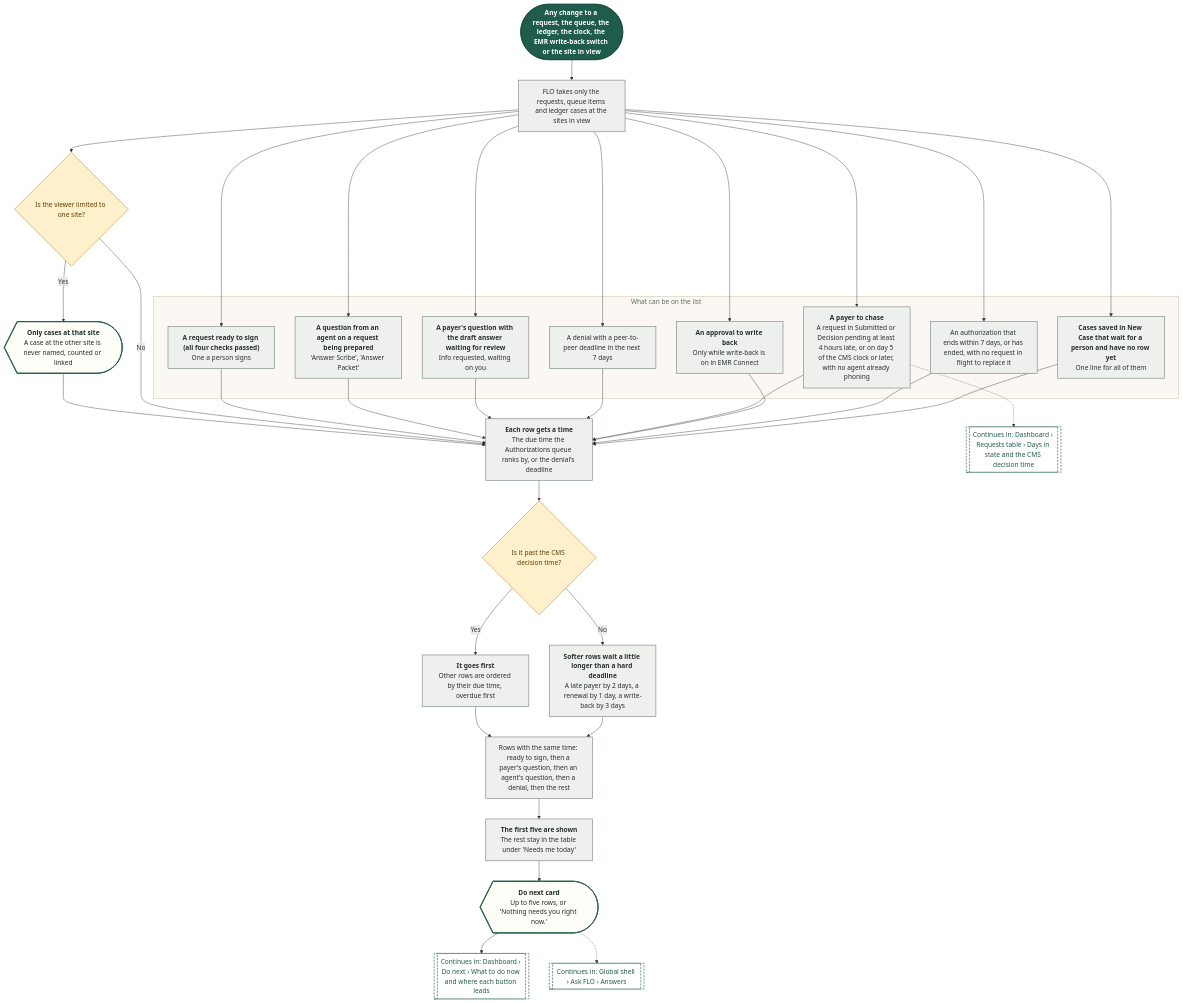
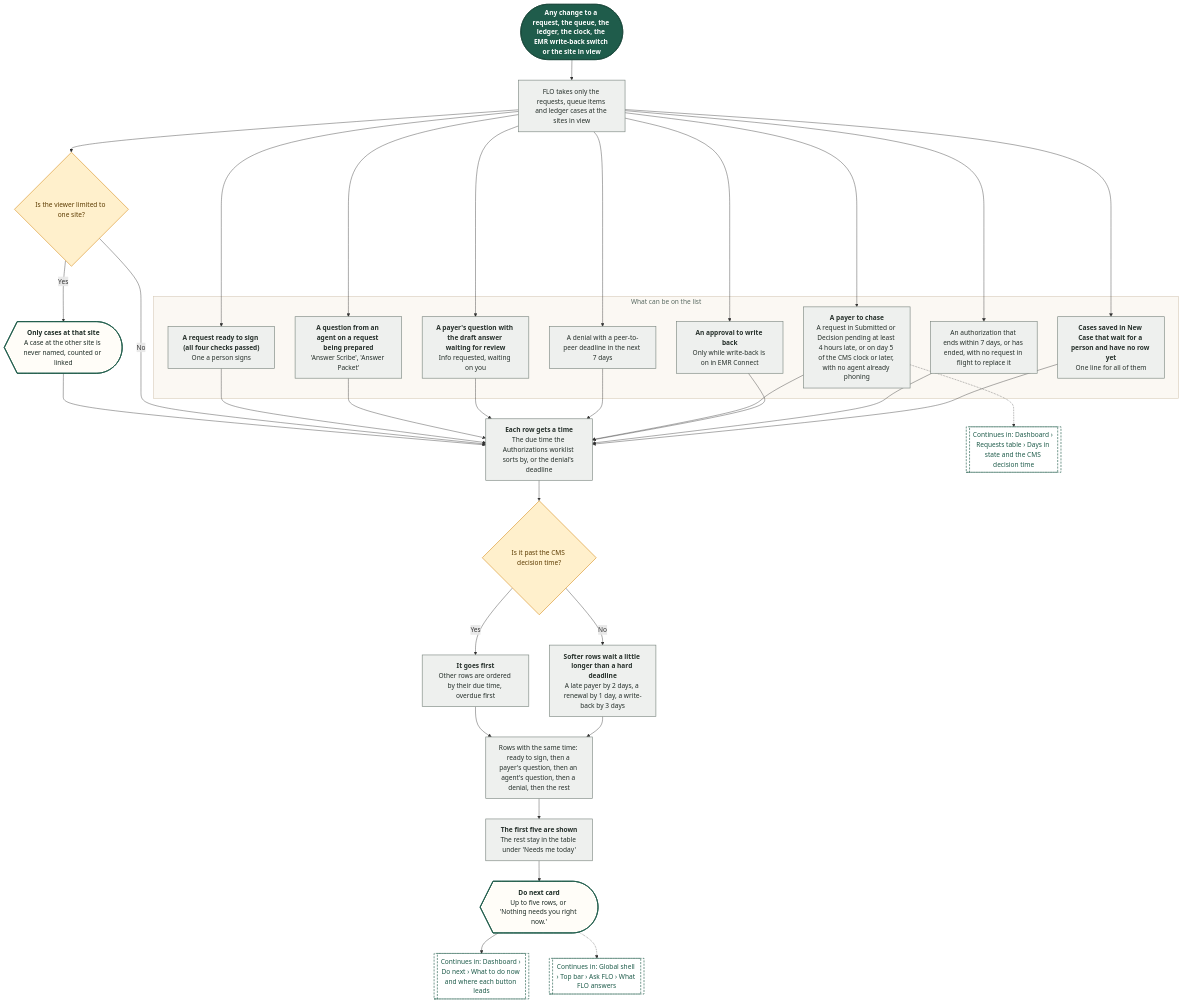
The fifth of 21 diagrams in demos/prior-auth-demo/workflows/out/md/02-dashboard.md (Shrav143/psyfloapp), drawn with Mermaid before and after one commit. The commit also changed other lines of this file and 113 other files, not shown here.

First line of the commit message:
docs: workflow diagrams for the merged Authorizations (worklist, approved, reviews and tracked cases, sidebar arrow), every link retargeted, 336 diagrams

````diff
--- a/demos/prior-auth-demo/workflows/out/md/02-dashboard.md
+++ b/demos/prior-auth-demo/workflows/out/md/02-dashboard.md
@@ -330,71 +330,71 @@
 ```mermaid
 %%{init: {"theme":"base","themeVariables":{"fontFamily":"'DM Sans', 'Segoe UI', system-ui, sans-serif","fontSize":"15px","lineColor":"#5B6B63","primaryTextColor":"#1C2B25","clusterBkg":"#FBF8F3","clusterBorder":"#D9CDBB","edgeLabelBackground":"#FFFFFF"},"flowchart":{"curve":"basis","nodeSpacing":36,"rankSpacing":48,"padding":12,"htmlLabels":true,"useMaxWidth":false,"wrappingWidth":230}} }%%
 flowchart TD
   classDef k_start fill:#1F5C4B,stroke:#174638,color:#FFFFFF,stroke-width:1.5px,font-weight:600
   classDef k_end fill:#DDEFE3,stroke:#2E7D4F,color:#14502F,stroke-width:1.5px,font-weight:600
   classDef k_endx fill:#FBE3E0,stroke:#C0392B,color:#7A1F16,stroke-width:1.5px,font-weight:600
   classDef k_screen fill:#FFFDF8,stroke:#1F5C4B,color:#1C2B25,stroke-width:2px
   classDef k_overlay fill:#F1F7F3,stroke:#1F5C4B,color:#1C2B25,stroke-width:2px,stroke-dasharray:5 3
   classDef k_click fill:#DCEBFA,stroke:#2F6DB5,color:#12365F,stroke-width:1.5px
   classDef k_input fill:#E4E7FF,stroke:#4C5FD5,color:#1D2670,stroke-width:1.5px
   classDef k_process fill:#EEF0EE,stroke:#7A857F,color:#26302B,stroke-width:1.5px
   classDef k_agent fill:#EEE5FA,stroke:#7A4FC2,color:#341A63,stroke-width:1.5px
   classDef k_decision fill:#FFF0CC,stroke:#D9962B,color:#5C3B00,stroke-width:1.5px
   classDef k_store fill:#D5F0EA,stroke:#1C8E7B,color:#0B4A3F,stroke-width:1.5px
   classDef k_doc fill:#F6E9DC,stroke:#B07A4C,color:#4A2E14,stroke-width:1.5px
   classDef k_ext fill:#FFE6D2,stroke:#E07B39,color:#6B2F06,stroke-width:1.5px
   classDef k_wait fill:#E4E8EE,stroke:#6B7C93,color:#26303D,stroke-width:1.5px
   classDef k_toast fill:#FFF9DB,stroke:#C9A400,color:#5A4A00,stroke-width:1.5px
   classDef k_goto fill:#FFFFFF,stroke:#1F5C4B,color:#1F5C4B,stroke-width:1.5px,stroke-dasharray:5 3
   s1@{ shape: stadium, label: "Any change to a request, the queue, the ledger, the clock, the EMR write-back switch or the site in view" }
   p1@{ shape: rect, label: "FLO takes only the requests, queue items and ledger cases at the sites in view" }
   subgraph gKinds ["What can be on the list"]
   k1@{ shape: rect, label: "<b>A request ready to sign (all four checks passed)</b><br/>One a person signs" }
   k2@{ shape: rect, label: "<b>A question from an agent on a request being prepared</b><br/>'Answer Scribe', 'Answer Packet'" }
   k3@{ shape: rect, label: "<b>A payer's question with the draft answer waiting for review</b><br/>Info requested, waiting on you" }
   k4@{ shape: rect, label: "A denial with a peer-to-peer deadline in the next 7 days" }
   k5@{ shape: rect, label: "<b>A payer to chase</b><br/>A request in Submitted or Decision pending at least 4 hours late, or on day 5 of the CMS clock or later, with no agent already phoning" }
   k6@{ shape: rect, label: "<b>An approval to write back</b><br/>Only while write-back is on in EMR Connect" }
   k7@{ shape: rect, label: "An authorization that ends within 7 days, or has ended, with no request in flight to replace it" }
   k8@{ shape: rect, label: "<b>Cases saved in New Case that wait for a person and have no row yet</b><br/>One line for all of them" }
   end
-  p2@{ shape: rect, label: "<b>Each row gets a time</b><br/>The due time the Authorizations queue ranks by, or the denial's deadline" }
+  p2@{ shape: rect, label: "<b>Each row gets a time</b><br/>The due time the Authorizations worklist sorts by, or the denial's deadline" }
   d1@{ shape: diam, label: "Is it past the CMS decision time?" }
   p3@{ shape: rect, label: "<b>It goes first</b><br/>Other rows are ordered by their due time, overdue first" }
   p4@{ shape: rect, label: "<b>Softer rows wait a little longer than a hard deadline</b><br/>A late payer by 2 days, a renewal by 1 day, a write-back by 3 days" }
   p5@{ shape: rect, label: "Rows with the same time: ready to sign, then a payer's question, then an agent's question, then a denial, then the rest" }
   p6@{ shape: rect, label: "<b>The first five are shown</b><br/>The rest stay in the table under 'Needs me today'" }
   sc@{ shape: curv-trap, label: "<b>Do next card</b><br/>Up to five rows, or 'Nothing needs you right now.'" }
   d2@{ shape: diam, label: "Is the viewer limited to one site?" }
   ss@{ shape: curv-trap, label: "<b>Only cases at that site</b><br/>A case at the other site is never named, counted or linked" }
   g1@{ shape: subproc, label: "Continues in: Dashboard › Do next › What to do now and where each button leads" }
   g2@{ shape: subproc, label: "Continues in: Dashboard › Requests table › Days in state and the CMS decision time" }
-  g3@{ shape: subproc, label: "Continues in: Global shell › Ask FLO › Answers" }
+  g3@{ shape: subproc, label: "Continues in: Global shell › Top bar › Ask FLO › What FLO answers" }
   s1 --> p1 --> d2
   d2 -->|"Yes"| ss --> p2
   d2 -->|"No"| p2
   p1 --> k1 & k2 & k3 & k4 & k5 & k6 & k7 & k8
   k1 --> p2
   k2 --> p2
   k3 --> p2
   k4 --> p2
   k5 --> p2
   k6 --> p2
   k7 --> p2
   k8 --> p2
   p2 --> d1
   d1 -->|"Yes"| p3
   d1 -->|"No"| p4
   p3 --> p5
   p4 --> p5
   p5 --> p6 --> sc
   sc --> g1
   k5 -.-> g2
   sc -.-> g3
   class s1 k_start
   class p1,k1,k2,k3,k4,k5,k6,k7,k8,p2,p3,p4,p5,p6 k_process
   class d1,d2 k_decision
   class sc,ss k_screen
   class g1,g2,g3 k_goto
   style gKinds fill:#FBF8F3,stroke:#D9CDBB,stroke-width:1.5px,color:#5B6B63
 ```
````
